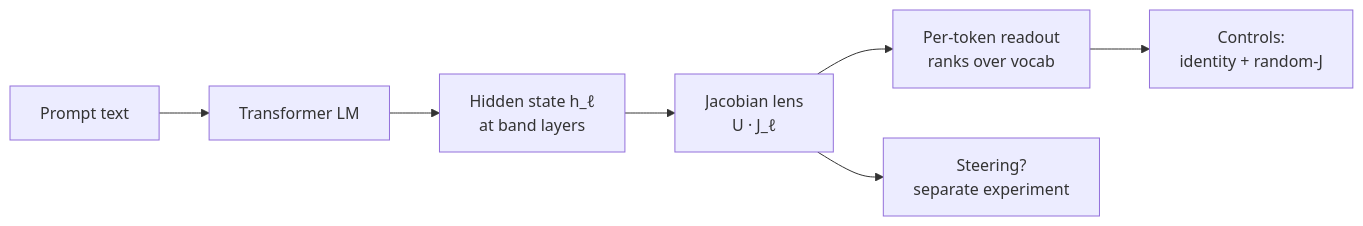
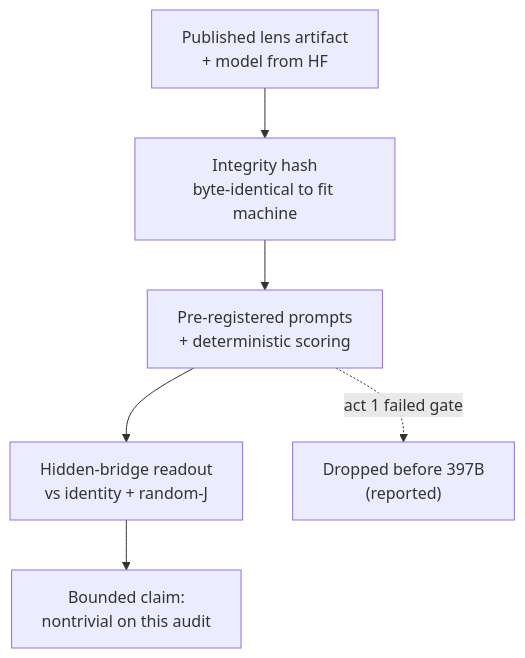
Before and after one commit to praxagent/jacobian-lens-research-202607a: the second of 3 diagrams in blog/lens-demo/index.md, drawn with Mermaid. The commit also changed other lines of this file, not shown here.

```diff
--- a/blog/lens-demo/index.md
+++ b/blog/lens-demo/index.md
@@ -114,9 +132,8 @@
 {{< mermaid >}}
-flowchart LR
-  A["Prompt text"] --> B["Transformer LM"]
-  B --> C["Hidden state h_ℓ<br/>at band layers"]
-  C --> D["Jacobian lens<br/>U · J_ℓ"]
-  D --> E["Per-token readout<br/>ranks over vocab"]
-  D --> F["Steering?<br/>separate experiment"]
-  E --> G["Controls:<br/>identity + random-J"]
+flowchart TD
+  A["Published lens artifact<br/>+ model from HF"] --> B["Integrity hash<br/>byte-identical to fit machine"]
+  B --> C["Pre-registered prompts<br/>+ deterministic scoring"]
+  C --> D["Hidden-bridge readout<br/>vs identity + random-J"]
+  D --> F["Bounded claim:<br/>nontrivial on this audit"]
+  C -.->|"act 1 failed gate"| X["Dropped before 397B<br/>(reported)"]
 {{< /mermaid >}}
```
